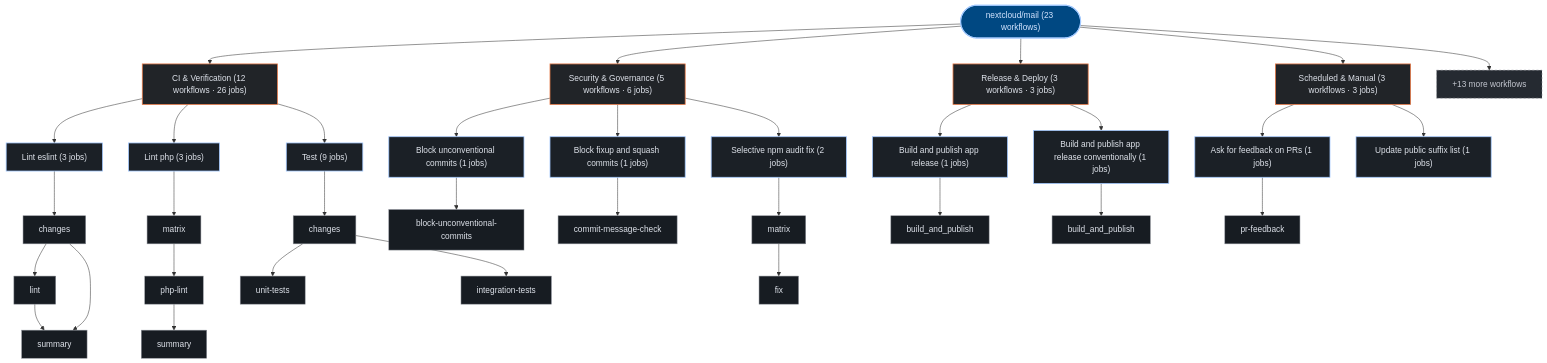
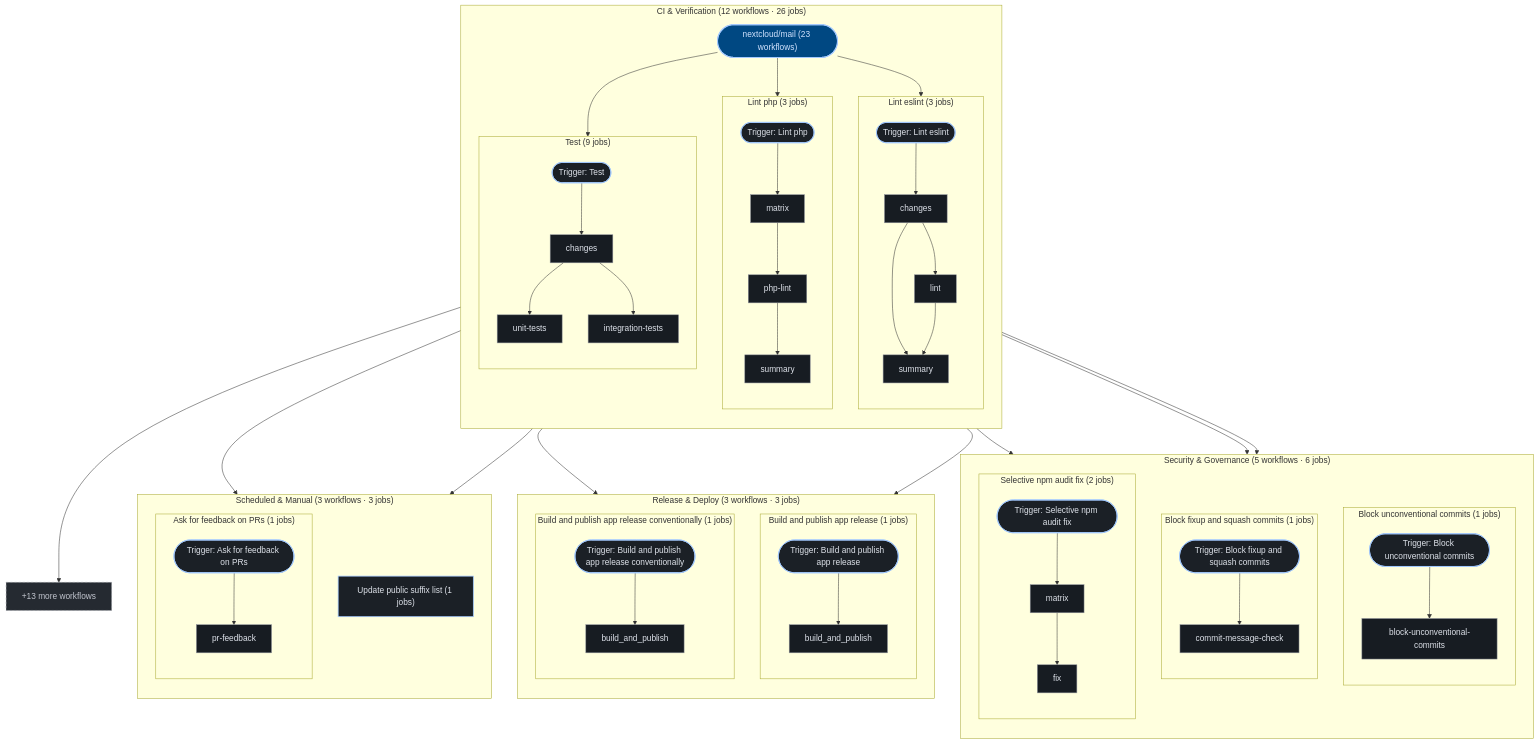
Before and after one commit to kumarshaz/atruss-code-atlas: the third of 3 diagrams in exports/latest/reports/nextcloud-mail-report.md, drawn with Mermaid. The commit also changed 181 other files, not shown here.

````diff
--- a/exports/latest/reports/nextcloud-mail-report.md
+++ b/exports/latest/reports/nextcloud-mail-report.md
@@ -241,67 +241,98 @@
   classDef atlasAlert fill:#93000a,stroke:#ffb4ab,stroke-width:1.5px,color:#ffdad6
   classDef atlasMore fill:#252a31,stroke:#8d9199,stroke-dasharray:4 4,color:#c3c6cf
   pipeline_root(["nextcloud/mail (23 workflows)"]):::atlasRoot
-  grp_0_CI___Verification["CI & Verification (12 workflows · 26 jobs)"]:::atlasCategory
-  pipeline_root --> grp_0_CI___Verification
-  wf_6_Lint_eslint["Lint eslint (3 jobs)"]:::atlasWorkflow
-  grp_0_CI___Verification --> wf_6_Lint_eslint
-  job_6_changes["changes"]:::atlasJob
-  job_6_lint["lint"]:::atlasJob
-  job_6_summary["summary"]:::atlasJob
-  wf_6_Lint_eslint --> job_6_changes
-  job_6_changes --> job_6_lint
-  job_6_changes --> job_6_summary
-  job_6_lint --> job_6_summary
-  wf_9_Lint_php["Lint php (3 jobs)"]:::atlasWorkflow
-  grp_0_CI___Verification --> wf_9_Lint_php
-  job_9_matrix["matrix"]:::atlasJob
-  job_9_php_lint["php-lint"]:::atlasJob
-  job_9_summary["summary"]:::atlasJob
-  wf_9_Lint_php --> job_9_matrix
-  job_9_matrix --> job_9_php_lint
-  job_9_php_lint --> job_9_summary
-  wf_21_Test["Test (9 jobs)"]:::atlasWorkflow
-  grp_0_CI___Verification --> wf_21_Test
-  job_21_changes["changes"]:::atlasJob
-  job_21_unit_tests["unit-tests"]:::atlasJob
-  job_21_integration_tests["integration-tests"]:::atlasJob
-  wf_21_Test --> job_21_changes
-  job_21_changes --> job_21_unit_tests
-  job_21_changes --> job_21_integration_tests
-  grp_1_Security___Governance["Security & Governance (5 workflows · 6 jobs)"]:::atlasCategory
-  pipeline_root --> grp_1_Security___Governance
-  wf_3_Block_unconventional_commits["Block unconventional commits (1 jobs)"]:::atlasWorkflow
-  grp_1_Security___Governance --> wf_3_Block_unconventional_commits
-  job_3_block_unconventional_commits["block-unconventional-commits"]:::atlasJob
-  wf_3_Block_unconventional_commits --> job_3_block_unconventional_commits
-  wf_4_Block_fixup_and_squash_commits["Block fixup and squash commits (1 jobs)"]:::atlasWorkflow
-  grp_1_Security___Governance --> wf_4_Block_fixup_and_squash_commits
-  job_4_commit_message_check["commit-message-check"]:::atlasJob
-  wf_4_Block_fixup_and_squash_commits --> job_4_commit_message_check
-  wf_11_Selective_npm_audit_fix["Selective npm audit fix (2 jobs)"]:::atlasWorkflow
-  grp_1_Security___Governance --> wf_11_Selective_npm_audit_fix
-  job_11_matrix["matrix"]:::atlasJob
-  job_11_fix["fix"]:::atlasJob
-  wf_11_Selective_npm_audit_fix --> job_11_matrix
-  job_11_matrix --> job_11_fix
-  grp_2_Release___Deploy["Release & Deploy (3 workflows · 3 jobs)"]:::atlasCategory
-  pipeline_root --> grp_2_Release___Deploy
-  wf_1_Build_and_publish_app_release["Build and publish app release (1 jobs)"]:::atlasWorkflow
-  grp_2_Release___Deploy --> wf_1_Build_and_publish_app_release
-  job_1_build_and_publish["build_and_publish"]:::atlasJob
-  wf_1_Build_and_publish_app_release --> job_1_build_and_publish
-  wf_2_Build_and_publish_app_release_conventionally["Build and publish app release conventionally (1 jobs)"]:::atlasWorkflow
-  grp_2_Release___Deploy --> wf_2_Build_and_publish_app_release_conventionally
-  job_2_build_and_publish["build_and_publish"]:::atlasJob
-  wf_2_Build_and_publish_app_release_conventionally --> job_2_build_and_publish
-  grp_3_Scheduled___Manual["Scheduled & Manual (3 workflows · 3 jobs)"]:::atlasCategory
-  pipeline_root --> grp_3_Scheduled___Manual
-  wf_15_Ask_for_feedback_on_PRs["Ask for feedback on PRs (1 jobs)"]:::atlasWorkflow
-  grp_3_Scheduled___Manual --> wf_15_Ask_for_feedback_on_PRs
-  job_15_pr_feedback["pr-feedback"]:::atlasJob
-  wf_15_Ask_for_feedback_on_PRs --> job_15_pr_feedback
-  wf_22_Update_public_suffix_list["Update public suffix list (1 jobs)"]:::atlasWorkflow
-  grp_3_Scheduled___Manual --> wf_22_Update_public_suffix_list
+  subgraph sg_grp_0_CI___Verification["CI & Verification (12 workflows · 26 jobs)"]
+    direction TB
+    subgraph sg_wf_6_Lint_eslint["Lint eslint (3 jobs)"]
+      direction TB
+      wf_6_Lint_eslint(["Trigger: Lint eslint"]):::atlasWorkflow
+      job_6_changes["changes"]:::atlasJob
+      job_6_lint["lint"]:::atlasJob
+      job_6_summary["summary"]:::atlasJob
+      wf_6_Lint_eslint --> job_6_changes
+      job_6_changes --> job_6_lint
+      job_6_changes --> job_6_summary
+      job_6_lint --> job_6_summary
+    end
+    pipeline_root --> wf_6_Lint_eslint
+    subgraph sg_wf_9_Lint_php["Lint php (3 jobs)"]
+      direction TB
+      wf_9_Lint_php(["Trigger: Lint php"]):::atlasWorkflow
+      job_9_matrix["matrix"]:::atlasJob
+      job_9_php_lint["php-lint"]:::atlasJob
+      job_9_summary["summary"]:::atlasJob
+      wf_9_Lint_php --> job_9_matrix
+      job_9_matrix --> job_9_php_lint
+      job_9_php_lint --> job_9_summary
+    end
+    pipeline_root --> wf_9_Lint_php
+    subgraph sg_wf_21_Test["Test (9 jobs)"]
+      direction TB
+      wf_21_Test(["Trigger: Test"]):::atlasWorkflow
+      job_21_changes["changes"]:::atlasJob
+      job_21_unit_tests["unit-tests"]:::atlasJob
+      job_21_integration_tests["integration-tests"]:::atlasJob
+      wf_21_Test --> job_21_changes
+      job_21_changes --> job_21_unit_tests
+      job_21_changes --> job_21_integration_tests
+    end
+    pipeline_root --> wf_21_Test
+  end
+  subgraph sg_grp_1_Security___Governance["Security & Governance (5 workflows · 6 jobs)"]
+    direction TB
+    subgraph sg_wf_3_Block_unconventional_commits["Block unconventional commits (1 jobs)"]
+      direction TB
+      wf_3_Block_unconventional_commits(["Trigger: Block unconventional commits"]):::atlasWorkflow
+      job_3_block_unconventional_commits["block-unconventional-commits"]:::atlasJob
+      wf_3_Block_unconventional_commits --> job_3_block_unconventional_commits
+    end
+    pipeline_root --> wf_3_Block_unconventional_commits
+    subgraph sg_wf_4_Block_fixup_and_squash_commits["Block fixup and squash commits (1 jobs)"]
+      direction TB
+      wf_4_Block_fixup_and_squash_commits(["Trigger: Block fixup and squash commits"]):::atlasWorkflow
+      job_4_commit_message_check["commit-message-check"]:::atlasJob
+      wf_4_Block_fixup_and_squash_commits --> job_4_commit_message_check
+    end
+    pipeline_root --> wf_4_Block_fixup_and_squash_commits
+    subgraph sg_wf_11_Selective_npm_audit_fix["Selective npm audit fix (2 jobs)"]
+      direction TB
+      wf_11_Selective_npm_audit_fix(["Trigger: Selective npm audit fix"]):::atlasWorkflow
+      job_11_matrix["matrix"]:::atlasJob
+      job_11_fix["fix"]:::atlasJob
+      wf_11_Selective_npm_audit_fix --> job_11_matrix
+      job_11_matrix --> job_11_fix
+    end
+    pipeline_root --> wf_11_Selective_npm_audit_fix
+  end
+  subgraph sg_grp_2_Release___Deploy["Release & Deploy (3 workflows · 3 jobs)"]
+    direction TB
+    subgraph sg_wf_1_Build_and_publish_app_release["Build and publish app release (1 jobs)"]
+      direction TB
+      wf_1_Build_and_publish_app_release(["Trigger: Build and publish app release"]):::atlasWorkflow
+      job_1_build_and_publish["build_and_publish"]:::atlasJob
+      wf_1_Build_and_publish_app_release --> job_1_build_and_publish
+    end
+    pipeline_root --> wf_1_Build_and_publish_app_release
+    subgraph sg_wf_2_Build_and_publish_app_release_conventionally["Build and publish app release conventionally (1 jobs)"]
+      direction TB
+      wf_2_Build_and_publish_app_release_conventionally(["Trigger: Build and publish app release conventionally"]):::atlasWorkflow
+      job_2_build_and_publish["build_and_publish"]:::atlasJob
+      wf_2_Build_and_publish_app_release_conventionally --> job_2_build_and_publish
+    end
+    pipeline_root --> wf_2_Build_and_publish_app_release_conventionally
+  end
+  subgraph sg_grp_3_Scheduled___Manual["Scheduled & Manual (3 workflows · 3 jobs)"]
+    direction TB
+    subgraph sg_wf_15_Ask_for_feedback_on_PRs["Ask for feedback on PRs (1 jobs)"]
+      direction TB
+      wf_15_Ask_for_feedback_on_PRs(["Trigger: Ask for feedback on PRs"]):::atlasWorkflow
+      job_15_pr_feedback["pr-feedback"]:::atlasJob
+      wf_15_Ask_for_feedback_on_PRs --> job_15_pr_feedback
+    end
+    pipeline_root --> wf_15_Ask_for_feedback_on_PRs
+    wf_22_Update_public_suffix_list["Update public suffix list (1 jobs)"]:::atlasWorkflow
+    pipeline_root --> wf_22_Update_public_suffix_list
+  end
   wf_more["+13 more workflows"]:::atlasMore
   pipeline_root --> wf_more
 ```
````
